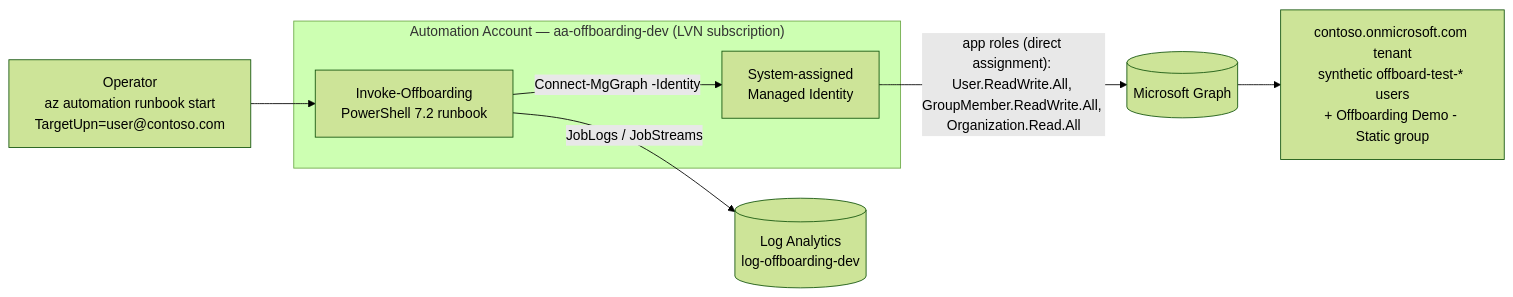
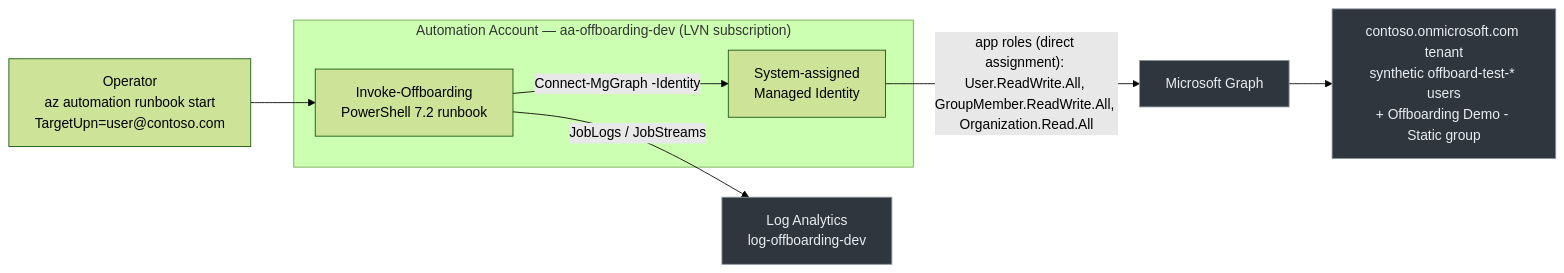
The diagram in docs/architecture.md (realitylvn/m365-offboarding-automator), drawn with Mermaid (forest theme) before and after one commit. The commit also changed 1 other file, not shown here.

Commit message:
fix(docs): mermaid cylinder shapes rendered low-contrast on GitHub
The [( )] cylinder shape for Microsoft Graph / Log Analytics / tenant rendered
light-fill with light text — near-invisible in GitHub's dark theme. Switched to
plain nodes + an explicit classDef (fill:#30363d, color:#e6edf3) that reads on
both GitHub themes. Verified both light and dark renders with mermaid-cli.

````diff
--- a/docs/architecture.md
+++ b/docs/architecture.md
@@ -3,14 +3,16 @@
 ```mermaid
 flowchart LR
   op["Operator<br/>az automation runbook start<br/>TargetUpn=user@contoso.com"] --> rb
 
   subgraph AA["Automation Account — aa-offboarding-dev (LVN subscription)"]
     rb["Invoke-Offboarding<br/>PowerShell 7.2 runbook"]
     mi["System-assigned<br/>Managed Identity"]
   end
 
   rb -->|"Connect-MgGraph -Identity"| mi
-  mi -->|"app roles (direct assignment): User.ReadWrite.All, GroupMember.ReadWrite.All, Organization.Read.All"| msgraph[("Microsoft Graph")]
+  mi -->|"app roles (direct assignment): User.ReadWrite.All, GroupMember.ReadWrite.All, Organization.Read.All"| msgraph["Microsoft Graph"]
   msgraph --> tenant["contoso.onmicrosoft.com tenant<br/>synthetic offboard-test-* users<br/>+ Offboarding Demo - Static group"]
-  rb -->|"JobLogs / JobStreams"| law[("Log Analytics<br/>log-offboarding-dev")]
+  rb -->|"JobLogs / JobStreams"| law["Log Analytics<br/>log-offboarding-dev"]
+  classDef ext fill:#30363d,stroke:#8b949e,color:#e6edf3
+  class msgraph,tenant,law ext
 ```
````
